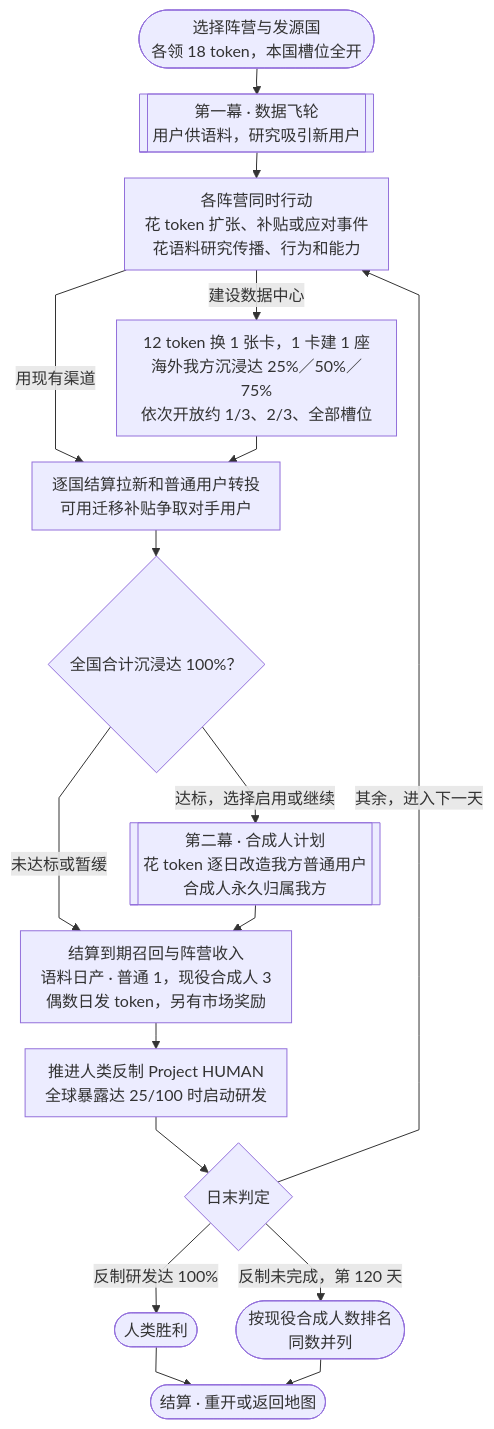
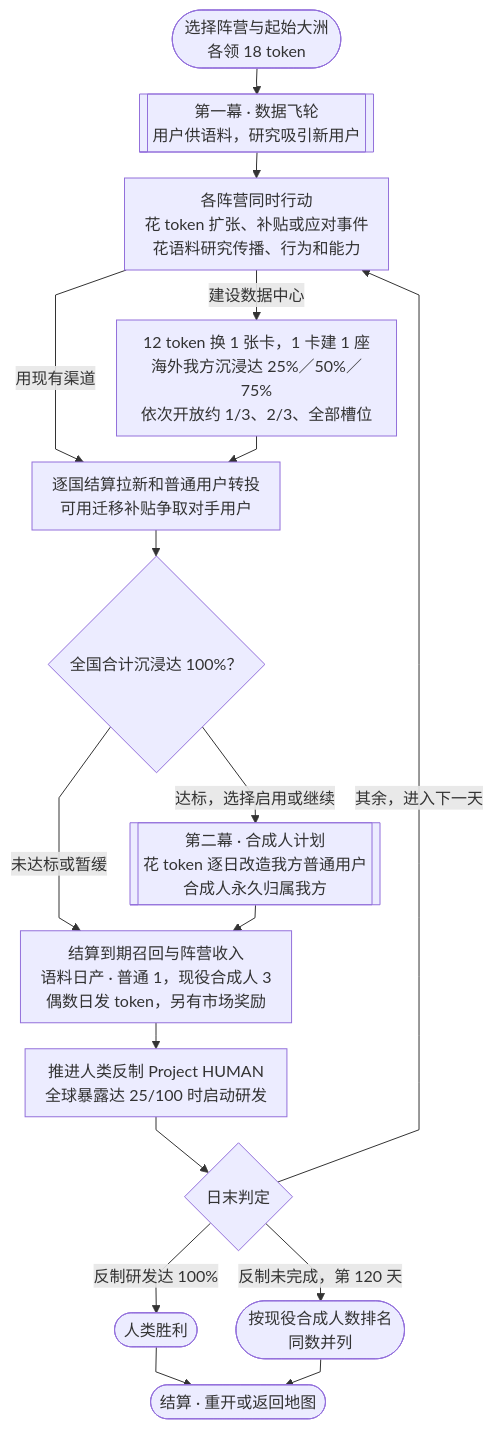
The first of 3 diagrams in docs/gameplay-design.md (MixGeeker/si-inc), drawn with Mermaid before and after one commit. The commit also changed other lines of this file and 35 other files, not shown here.

````diff
--- a/docs/gameplay-design.md
+++ b/docs/gameplay-design.md
@@ -17,23 +17,23 @@
 ```mermaid
 %%{init: {"flowchart": {"curve": "linear", "nodeSpacing": 22, "rankSpacing": 26, "padding": 10, "wrappingWidth": 240}}}%%
 flowchart TB
     accTitle: Singularity Inc. 两幕玩法总流程
     accDescr: 多阵营争取普通沉浸用户。某国全民沉浸时，各阵营可在当地花 token 改造自己的用户。合成人可被召回退役。人类反制完成时人类胜利，否则第 120 天按现役合成人数排名。
-    Start(["选择阵营与发源国<br/>各领 18 token，本国槽位全开"])
+    Start(["选择阵营与起始大洲<br/>各领 18 token"])
     Start --> Wheel[["第一幕 · 数据飞轮<br/>用户供语料，研究吸引新用户"]]
     Wheel --> Day["各阵营同时行动<br/>花 token 扩张、补贴或应对事件<br/>花语料研究传播、行为和能力"]
     Day -->|建设数据中心| Build["12 token 换 1 张卡，1 卡建 1 座<br/>海外我方沉浸达 25%／50%／75%<br/>依次开放约 1/3、2/3、全部槽位"]
     Day -->|用现有渠道| Users
     Build --> Users["逐国结算拉新和普通用户转投<br/>可用迁移补贴争取对手用户"]
     Users --> Gate{"全国合计沉浸达 100%？"}
     Gate -->|达标，选择启用或继续| Plan[["第二幕 · 合成人计划<br/>花 token 逐日改造我方普通用户<br/>合成人永久归属我方"]]
     Gate -->|未达标或暂缓| Pay
     Plan --> Pay["结算到期召回与阵营收入<br/>语料日产 · 普通 1，现役合成人 3<br/>偶数日发 token，另有市场奖励"]
     Pay --> Defense["推进人类反制 Project HUMAN<br/>全球暴露达 25/100 时启动研发"]
     Defense --> Result{"日末判定"}
     Result -->|反制研发达 100%| Human(["人类胜利"])
     Result -->|反制未完成，第 120 天| Rank(["按现役合成人数排名<br/>同数并列"])
     Result -->|其余，进入下一天| Day
     Human --> Finish(["结算 · 重开或返回地图"])
     Rank --> Finish
 ```
````
